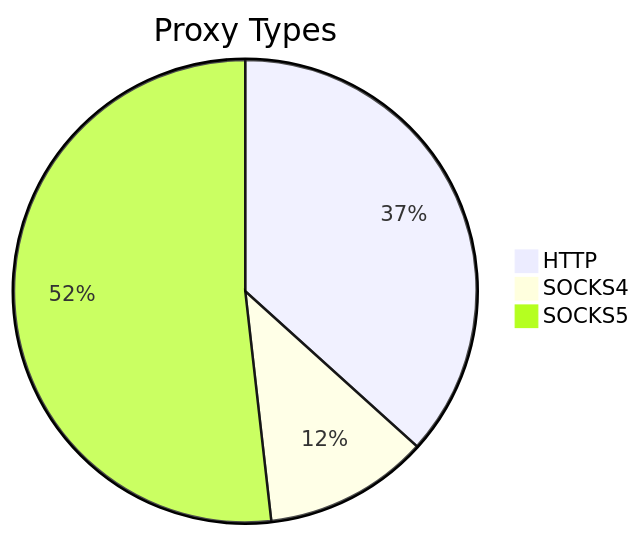
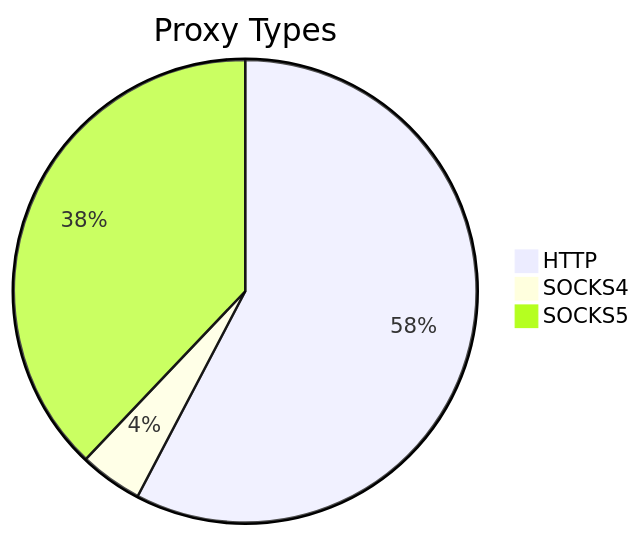
The first of 2 diagrams in README.md (stormsia/proxy-list), drawn with Mermaid before and after one commit. The commit also changed other lines of this file, not shown here.

````diff
--- a/README.md
+++ b/README.md
@@ -21,6 +21,6 @@
 ```mermaid
 pie title Proxy Types
-    "HTTP" : 51
-    "SOCKS4" : 16
-    "SOCKS5" : 72
+    "HTTP" : 105
+    "SOCKS4" : 8
+    "SOCKS5" : 69
 ```
````
